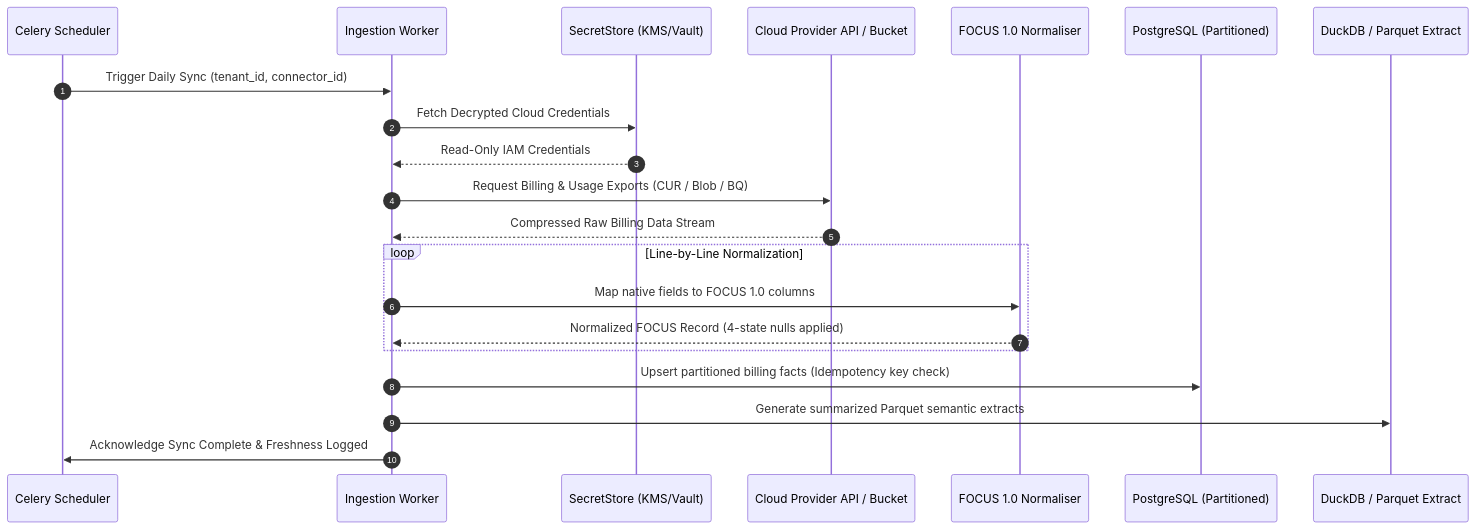
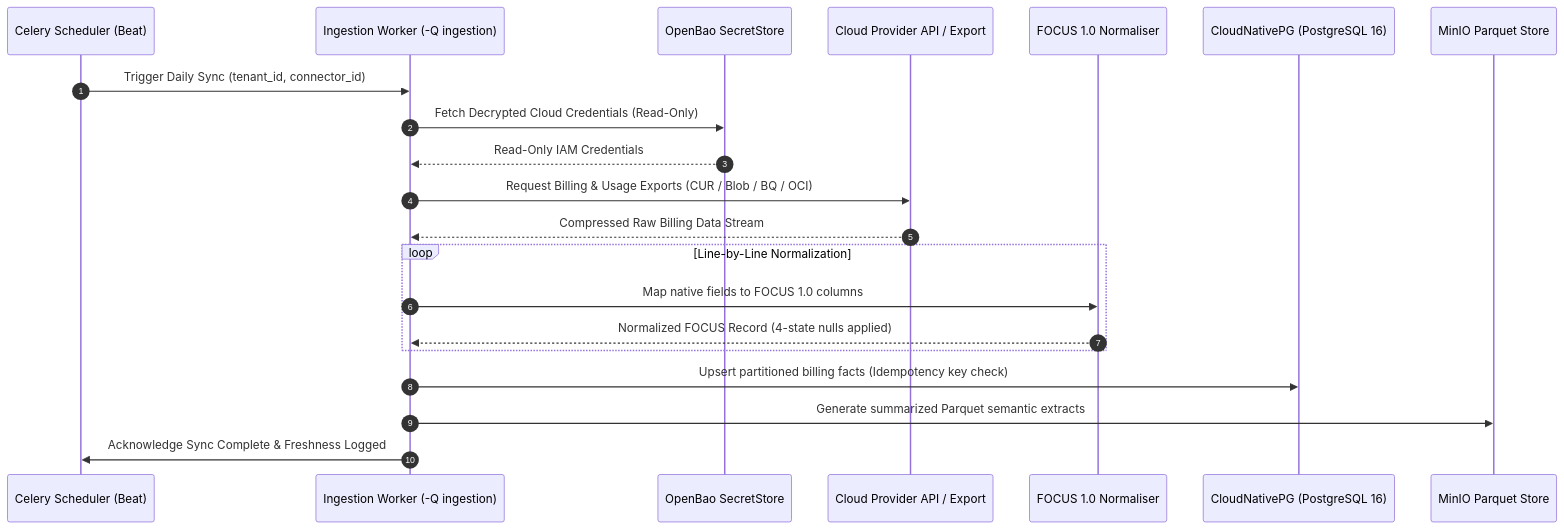
One commit to JyotirmoyBhowmik/CloudLens changed the third of 8 diagrams in README.md. Above: the diagram before and after it, drawn with Mermaid. The commit also changed other lines of this file and 29 other files, not shown here.

````diff
--- a/README.md
+++ b/README.md
@@ -180,24 +197,24 @@
 ```mermaid
 sequenceDiagram
     autonumber
-    participant Scheduler as Celery Scheduler
-    participant Worker as Ingestion Worker
-    participant Vault as SecretStore (KMS/Vault)
-    participant Provider as Cloud Provider API / Bucket
+    participant Scheduler as Celery Scheduler (Beat)
+    participant Worker as Ingestion Worker (-Q ingestion)
+    participant Vault as OpenBao SecretStore
+    participant Provider as Cloud Provider API / Export
     participant Normaliser as FOCUS 1.0 Normaliser
-    participant DB as PostgreSQL (Partitioned)
-    participant Duck as DuckDB / Parquet Extract
+    participant DB as CloudNativePG (PostgreSQL 16)
+    participant MinIO as MinIO Parquet Store
 
     Scheduler->>Worker: Trigger Daily Sync (tenant_id, connector_id)
-    Worker->>Vault: Fetch Decrypted Cloud Credentials
+    Worker->>Vault: Fetch Decrypted Cloud Credentials (Read-Only)
     Vault-->>Worker: Read-Only IAM Credentials
-    Worker->>Provider: Request Billing & Usage Exports (CUR / Blob / BQ)
+    Worker->>Provider: Request Billing & Usage Exports (CUR / Blob / BQ / OCI)
     Provider-->>Worker: Compressed Raw Billing Data Stream
     loop Line-by-Line Normalization
         Worker->>Normaliser: Map native fields to FOCUS 1.0 columns
         Normaliser-->>Worker: Normalized FOCUS Record (4-state nulls applied)
     end
     Worker->>DB: Upsert partitioned billing facts (Idempotency key check)
-    Worker->>Duck: Generate summarized Parquet semantic extracts
+    Worker->>MinIO: Generate summarized Parquet semantic extracts
     Worker->>Scheduler: Acknowledge Sync Complete & Freshness Logged
 ```
````
